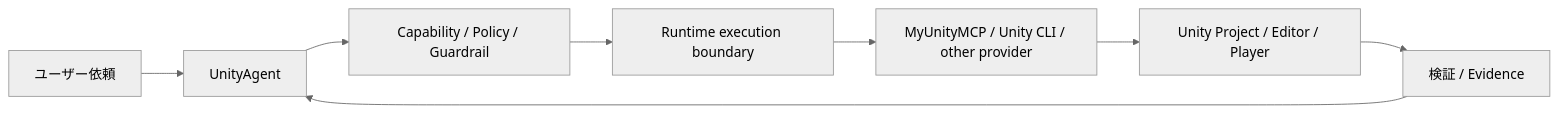
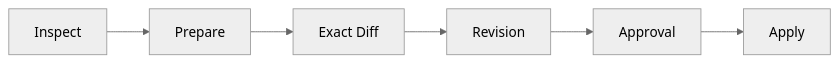
One commit to DarumaPPAP/UnityAgent changed the third of 4 diagrams in README.md. Above: the diagram before and after it, drawn with Mermaid (neutral theme). The commit also changed other lines of this file and 32 other files, not shown here.

````diff
--- a/README.md
+++ b/README.md
@@ -406,10 +207,8 @@
 ```mermaid
 flowchart LR
-    U[ユーザー依頼] --> A[UnityAgent]
-    A --> C[Capability / Policy / Guardrail]
-    C --> R[Runtime execution boundary]
-    R --> M[MyUnityMCP / Unity CLI / other provider]
-    M --> P[Unity Project / Editor / Player]
-    P --> V[検証 / Evidence]
-    V --> A
+    I[Inspect] --> P[Prepare]
+    P --> D[Exact Diff]
+    D --> R[Revision]
+    R --> A[Approval]
+    A --> AP[Apply]
 ```
````
